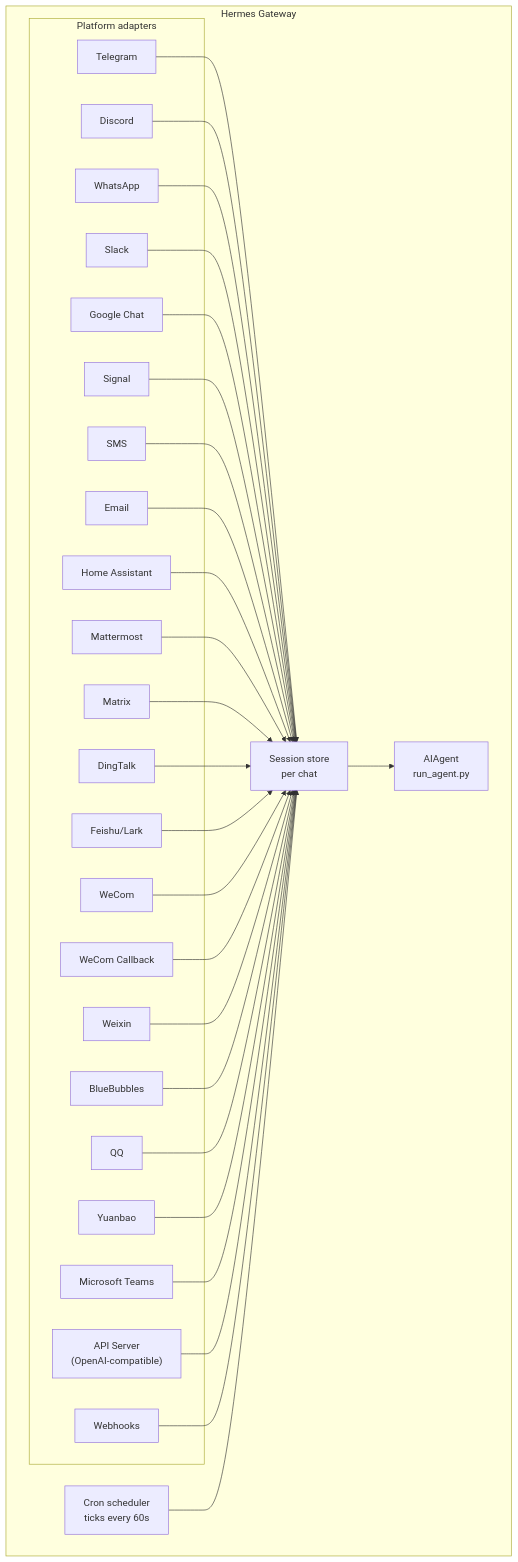
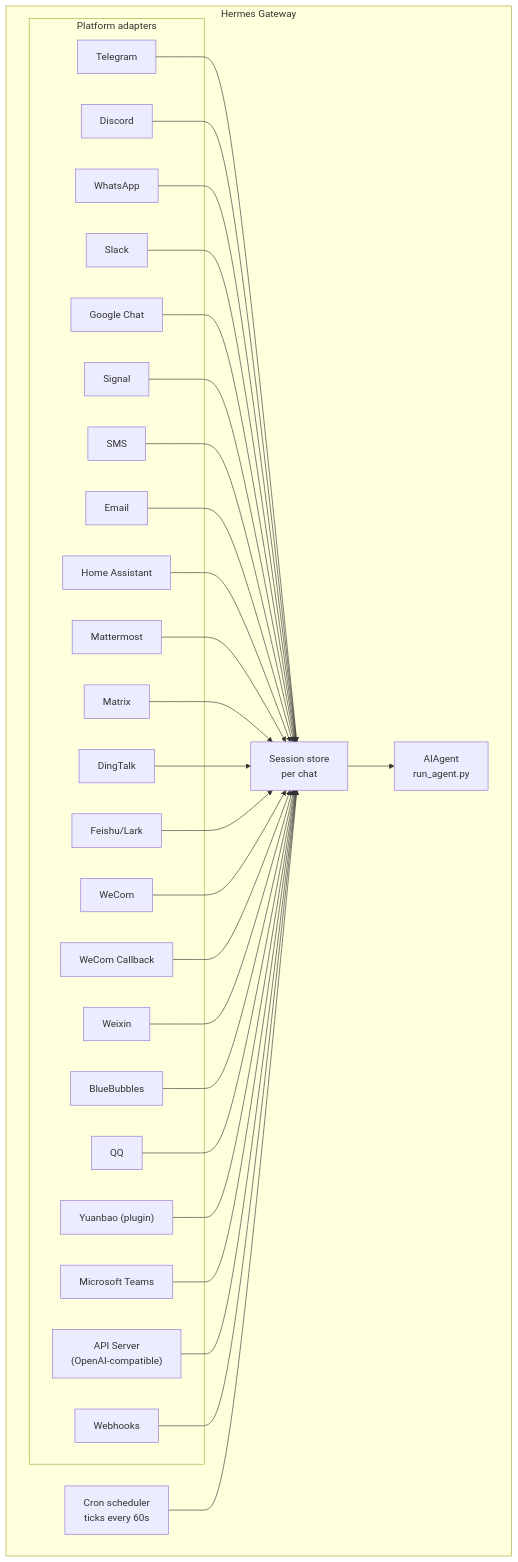
One commit to Sora-bluesky/winsmux-wiki changed the diagram in public/hermes/raw/docs/user-guide/messaging/index.md. Above: the diagram before and after it, drawn with Mermaid. The commit also changed other lines of this file and 76 other files, not shown here.

Commit message:
sync: patch 28 upstream pages at 28ad767, drop yuanbao skill (moved to a Hermes Labs plugin) with a 301, refresh model lists

````diff
--- a/public/hermes/raw/docs/user-guide/messaging/index.md
+++ b/public/hermes/raw/docs/user-guide/messaging/index.md
@@ -77,58 +77,58 @@
 ```mermaid
 flowchart TB
     subgraph Gateway["Hermes Gateway"]
         subgraph Adapters["Platform adapters"]
             tg[Telegram]
             dc[Discord]
             wa[WhatsApp]
             sl[Slack]
             gc[Google Chat]
             sig[Signal]
             sms[SMS]
             em[Email]
             ha[Home Assistant]
             mm[Mattermost]
             mx[Matrix]
             dt[DingTalk]
     fs[Feishu/Lark]
     wc[WeCom]
     wcb[WeCom Callback]
     wx[Weixin]
     bb[BlueBubbles]
     qq[QQ]
-    yb[Yuanbao]
+    yb["Yuanbao (plugin)"]
     ms[Microsoft Teams]
     api["API Server<br/>(OpenAI-compatible)"]
     wh[Webhooks]
         end
 
         store["Session store<br/>per chat"]
         agent["AIAgent<br/>run_agent.py"]
         cron["Cron scheduler<br/>ticks every 60s"]
     end
 
     tg --> store
     dc --> store
     wa --> store
     sl --> store
     gc --> store
     sig --> store
     sms --> store
     em --> store
     ha --> store
     mm --> store
     mx --> store
     dt --> store
     fs --> store
     wc --> store
     wcb --> store
     wx --> store
     bb --> store
     qq --> store
     yb --> store
     ms --> store
     api --> store
     wh --> store
     store --> agent
     cron --> store
 ```
````
